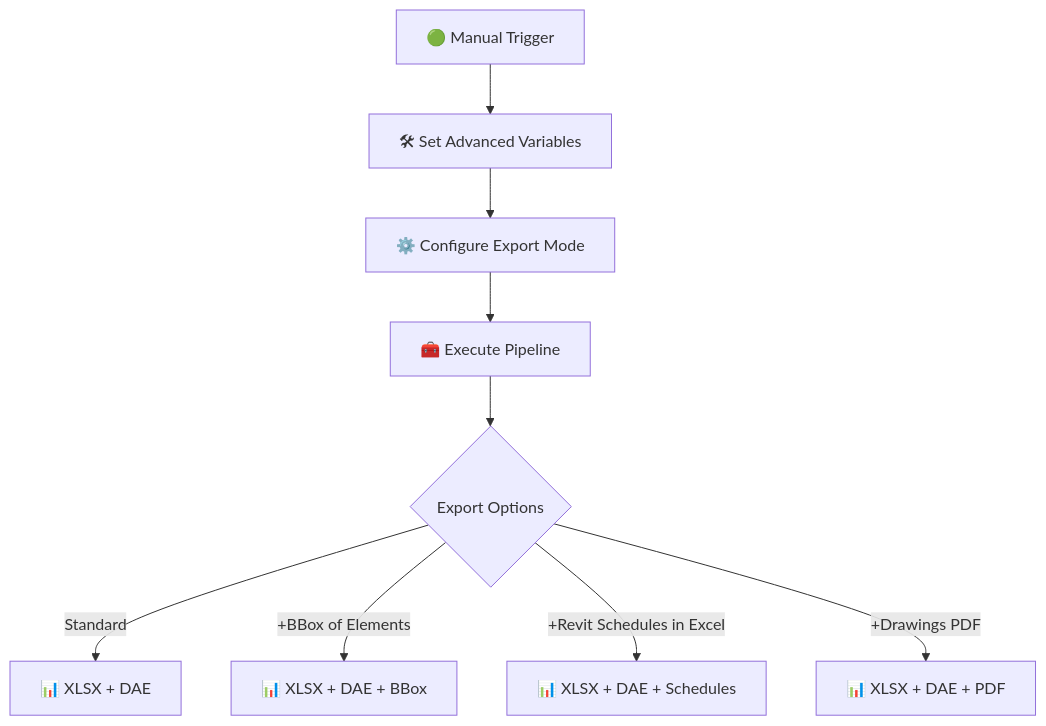
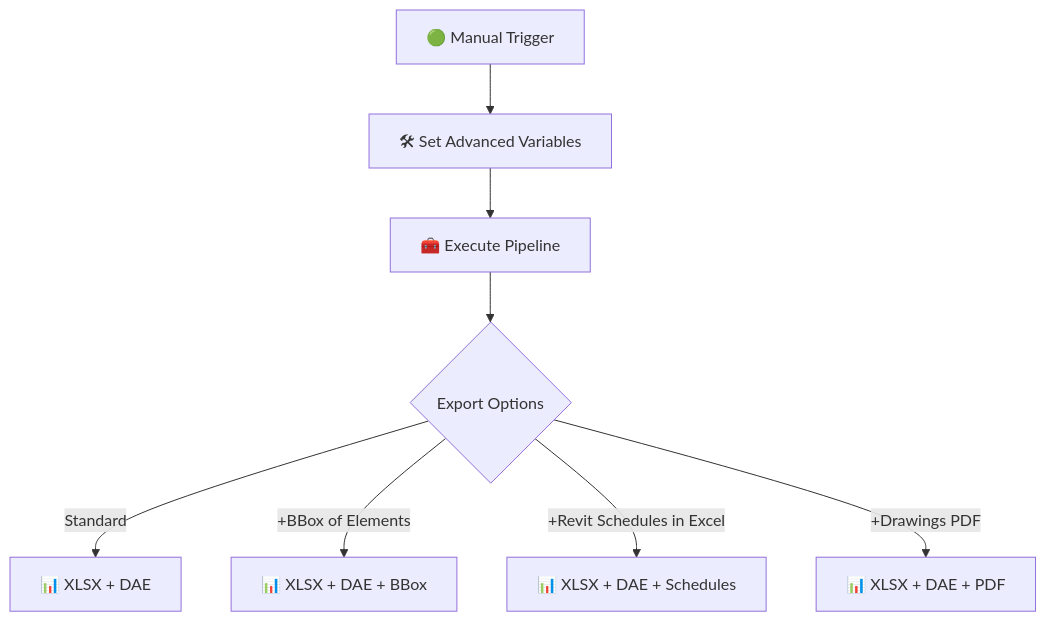
Before and after one commit to ehtick/cad2data-Revit-IFC-DWG-DGN-pipeline-with-conversion-validation-qto: the second of 4 diagrams in README.md, drawn with Mermaid. The commit also changed other lines of this file, not shown here.

````diff
--- a/README.md
+++ b/README.md
@@ -185,11 +185,10 @@
 ```mermaid
 graph TD;
     A[🟢 Manual Trigger] --> B[🛠 Set Advanced Variables]
-    B --> C[⚙️ Configure Export Mode]
-    C --> D[🧰 Execute Pipeline]
-    D --> E{Export Options}
-    E -->|Standard| F[📊 XLSX + DAE]
-    E -->|+BBox of Elements| G[📊 XLSX + DAE + BBox]
-    E -->|+Revit Schedules in Excel| H[📊 XLSX + DAE + Schedules]
-    E -->|+Drawings PDF| I[📊 XLSX + DAE + PDF]
+    B --> C[🧰 Execute Pipeline]
+    C --> D{Export Options}
+    D -->|Standard| F[📊 XLSX + DAE]
+    D -->|+BBox of Elements| G[📊 XLSX + DAE + BBox]
+    D -->|+Revit Schedules in Excel| H[📊 XLSX + DAE + Schedules]
+    D -->|+Drawings PDF| I[📊 XLSX + DAE + PDF]
 ```
````
